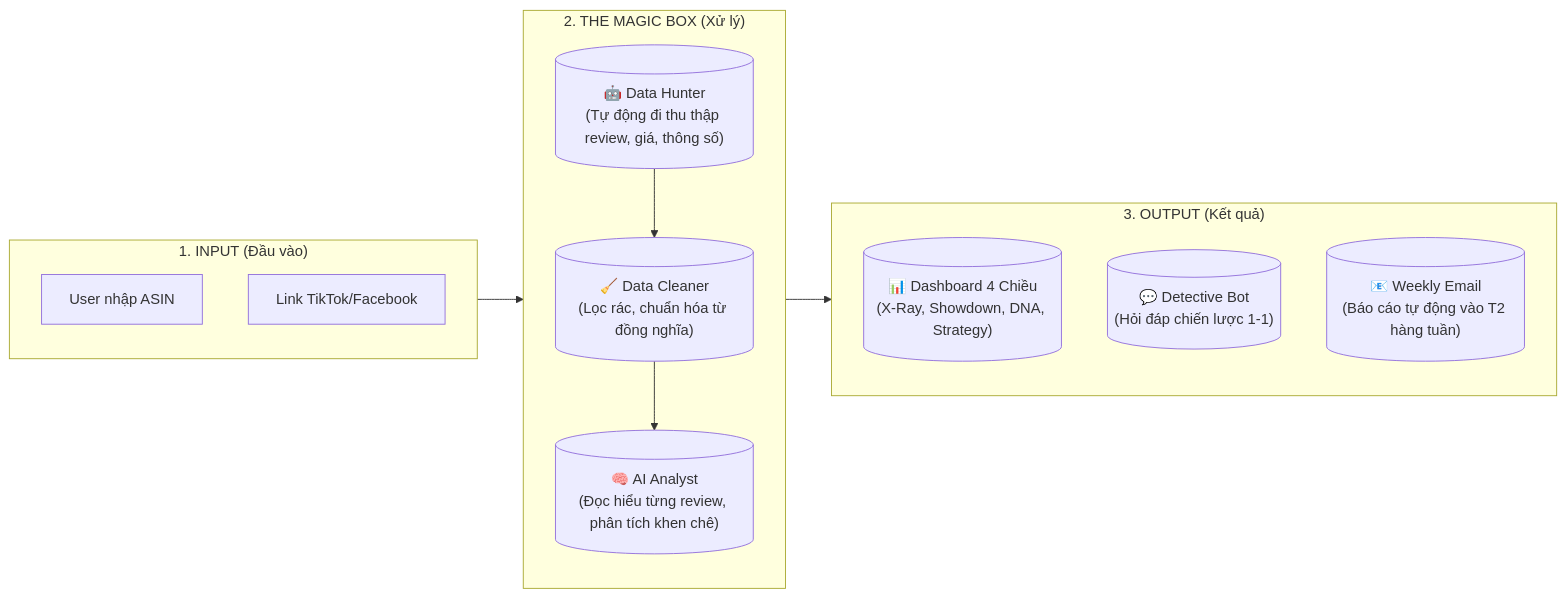
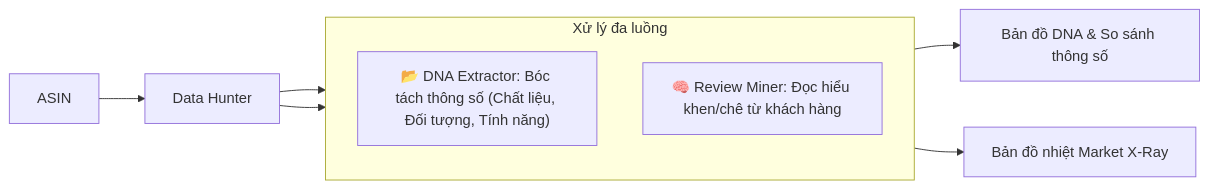
One commit to Daniel-LeTC/AI_market_intel_platform changed the second of 3 diagrams in docs/architecture_analysis_v2/07_Presentation_Visuals.md. Above: the diagram before and after it, drawn with Mermaid. The commit also changed other lines of this file and 1 other file, not shown here.

Commit message:
docs: decouple Social Scout and refine metadata/review logic

````diff
--- a/docs/architecture_analysis_v2/07_Presentation_Visuals.md
+++ b/docs/architecture_analysis_v2/07_Presentation_Visuals.md
@@ -9,31 +31,16 @@
 ```mermaid
 graph LR
-    subgraph INPUT ["1. INPUT (Đầu vào)"]
-        A[User nhập ASIN]
-        B[Link TikTok/Facebook]
+    Input[ASIN] --> Hunter[Data Hunter]
+    
+    subgraph PROCESS ["Xử lý đa luồng"]
+        direction TB
+        P1["📂 DNA Extractor: Bóc tách thông số (Chất liệu, Đối tượng, Tính năng)"]
+        P2["🧠 Review Miner: Đọc hiểu khen/chê từ khách hàng"]
     end
 
-    subgraph BLACKBOX ["2. THE MAGIC BOX (Xử lý)"]
-        direction TB
-        Hunter[("🤖 Data Hunter
-(Tự động đi thu thập review, giá, thông số)")]
-        Cleaner[("🧹 Data Cleaner
-(Lọc rác, chuẩn hóa từ đồng nghĩa)")]
-        Brain[("🧠 AI Analyst
-(Đọc hiểu từng review, phân tích khen chê)")]
-        
-        Hunter --> Cleaner --> Brain
-    end
-
-    subgraph OUTPUT ["3. OUTPUT (Kết quả)"]
-        direction TB
-        Dash[("📊 Dashboard 4 Chiều
-(X-Ray, Showdown, DNA, Strategy)")]
-        Chat[("💬 Detective Bot
-(Hỏi đáp chiến lược 1-1)")]
-        Report[("📧 Weekly Email
-(Báo cáo tự động vào T2 hàng tuần)")]
-    end
-
-    INPUT --> BLACKBOX --> OUTPUT
+    Hunter --> P1
+    Hunter --> P2
+    
+    P1 --> Output["Bản đồ DNA & So sánh thông số"]
+    P2 --> Output2["Bản đồ nhiệt Market X-Ray"]
 ```
````
